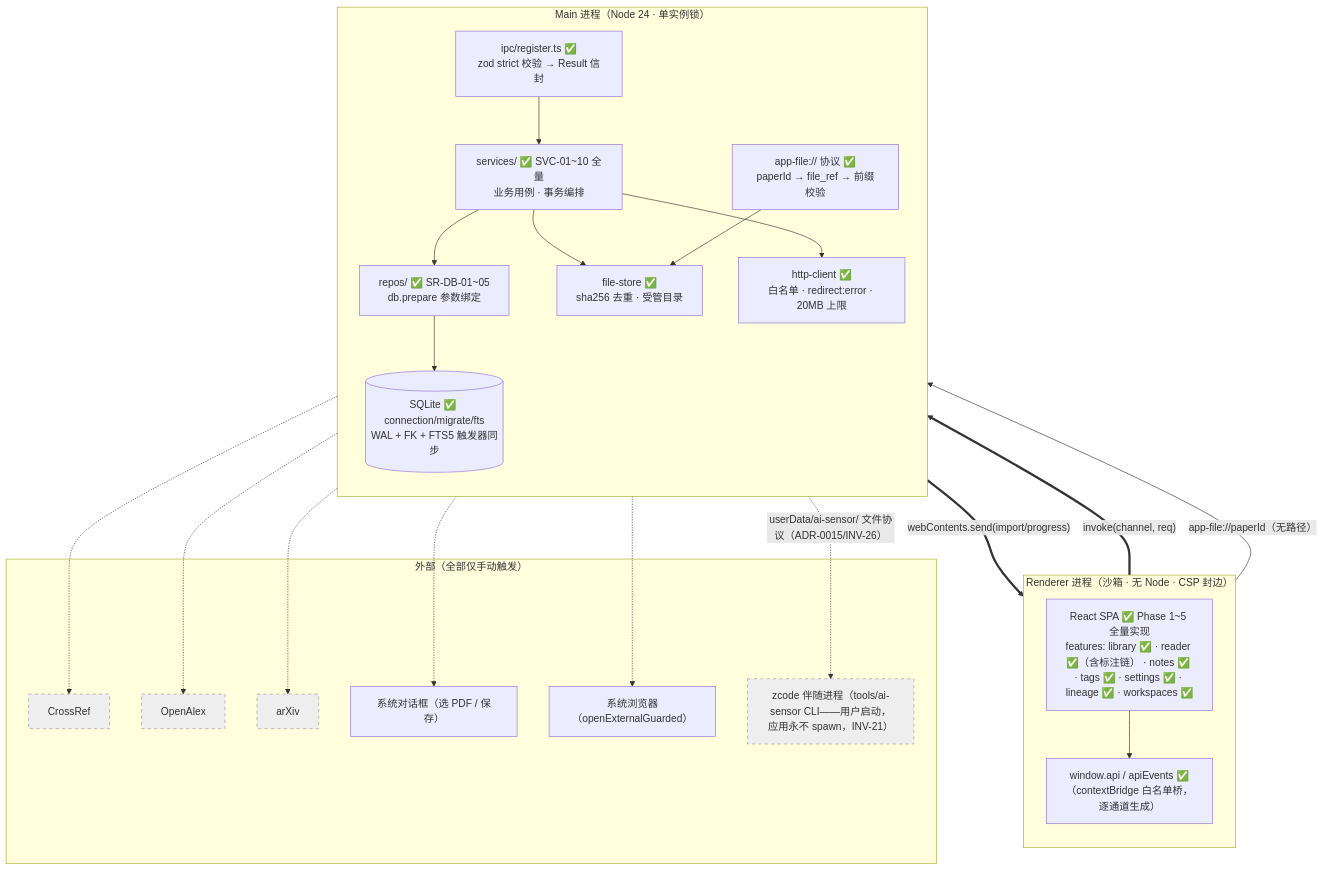
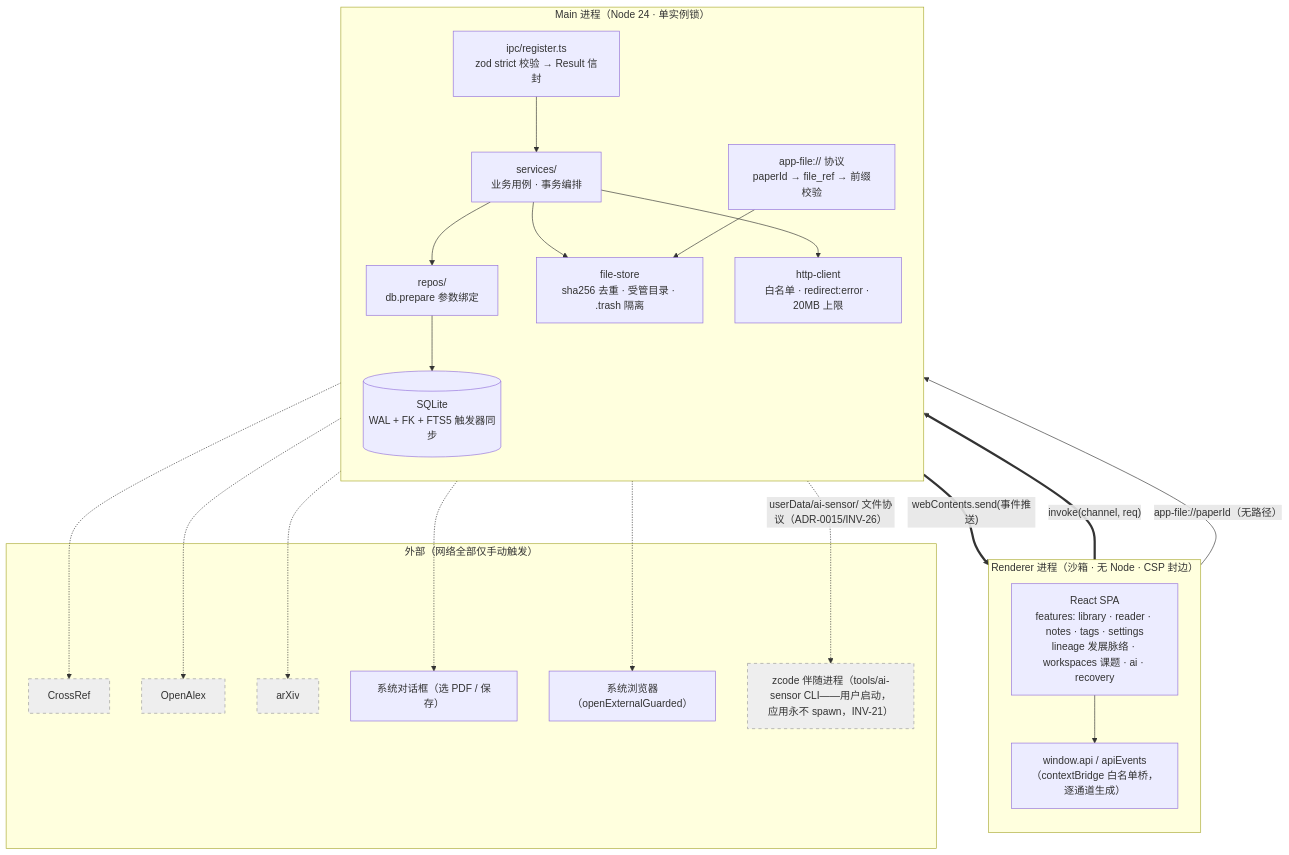
Before and after one commit to yyx20040712/Synapse: the first of 6 diagrams in docs/architecture.md, drawn with Mermaid. The commit also changed other lines of this file, not shown here.

````diff
--- a/docs/architecture.md
+++ b/docs/architecture.md
@@ -240,39 +23,39 @@
 ```mermaid
 flowchart TB
   subgraph R["Renderer 进程（沙箱 · 无 Node · CSP 封边）"]
     direction TB
-    UI["React SPA ✅ Phase 1~5 全量实现<br/>features: library ✅ · reader ✅（含标注链） · notes ✅ · tags ✅ · settings ✅ · lineage ✅ · workspaces ✅"]
-    WA["window.api / apiEvents ✅<br/>（contextBridge 白名单桥，逐通道生成）"]
+    UI["React SPA<br/>features: library · reader · notes · tags · settings<br/>lineage 发展脉络 · workspaces 课题 · ai · recovery"]
+    WA["window.api / apiEvents<br/>（contextBridge 白名单桥，逐通道生成）"]
     UI --> WA
   end
 
   subgraph M["Main 进程（Node 24 · 单实例锁）"]
     direction TB
-    REG["ipc/register.ts ✅<br/>zod strict 校验 → Result 信封"]
-    SVC["services/ ✅ SVC-01~10 全量<br/>业务用例 · 事务编排"]
-    REPO["repos/ ✅ SR-DB-01~05<br/>db.prepare 参数绑定"]
-    DB[("SQLite ✅ connection/migrate/fts<br/>WAL + FK + FTS5 触发器同步")]
-    PROTO["app-file:// 协议 ✅<br/>paperId → file_ref → 前缀校验"]
-    FSTORE["file-store ✅<br/>sha256 去重 · 受管目录"]
-    HTTP["http-client ✅<br/>白名单 · redirect:error · 20MB 上限"]
+    REG["ipc/register.ts<br/>zod strict 校验 → Result 信封"]
+    SVC["services/<br/>业务用例 · 事务编排"]
+    REPO["repos/<br/>db.prepare 参数绑定"]
+    DB[("SQLite<br/>WAL + FK + FTS5 触发器同步")]
+    PROTO["app-file:// 协议<br/>paperId → file_ref → 前缀校验"]
+    FSTORE["file-store<br/>sha256 去重 · 受管目录 · .trash 隔离"]
+    HTTP["http-client<br/>白名单 · redirect:error · 20MB 上限"]
   end
 
-  subgraph E["外部（全部仅手动触发）"]
+  subgraph E["外部（网络全部仅手动触发）"]
     CR["CrossRef"]:::ext
     OA["OpenAlex"]:::ext
     AX["arXiv"]:::ext
     DLG["系统对话框（选 PDF / 保存）"]
     BRW["系统浏览器（openExternalGuarded）"]
     ZC["zcode 伴随进程（tools/ai-sensor CLI——用户启动，应用永不 spawn，INV-21）"]:::ext
   end
 
   WA == "invoke(channel, req)" ==> REG
   REG --> SVC --> REPO --> DB
   SVC --> FSTORE
   SVC --> HTTP -.-> CR & OA & AX
-  SVC == "webContents.send(import/progress)" ==> WA
+  SVC == "webContents.send(事件推送)" ==> WA
   UI -- "app-file://paperId（无路径）" --> PROTO --> FSTORE
   M -.-> DLG & BRW
   SVC -.->|"userData/ai-sensor/ 文件协议（ADR-0015/INV-26）"| ZC
   classDef ext fill:#eee,stroke:#999,stroke-dasharray: 5 5
 ```
````
